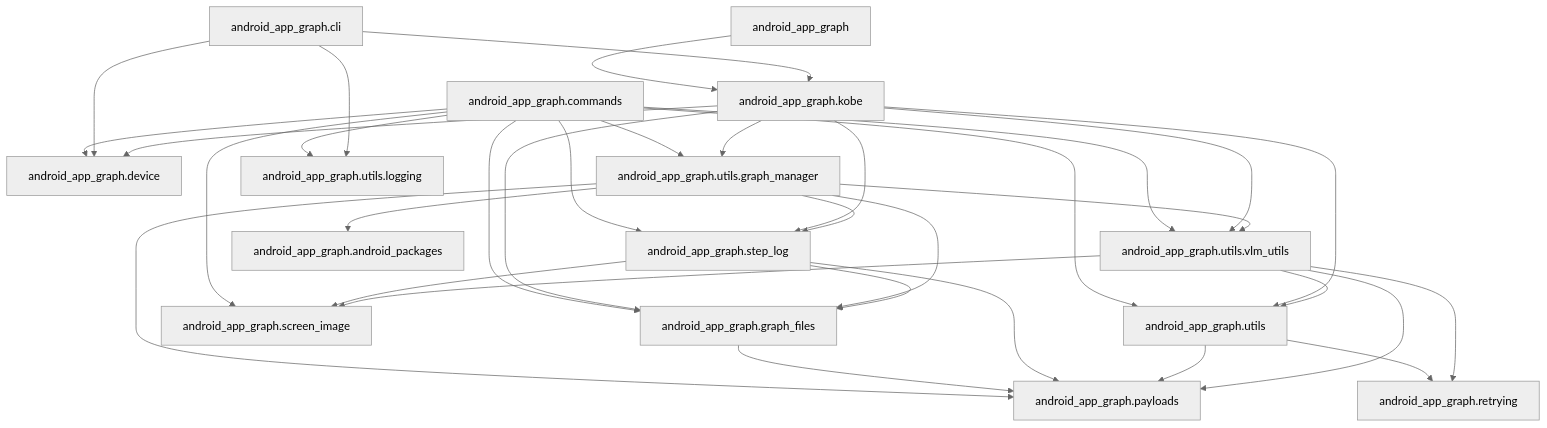
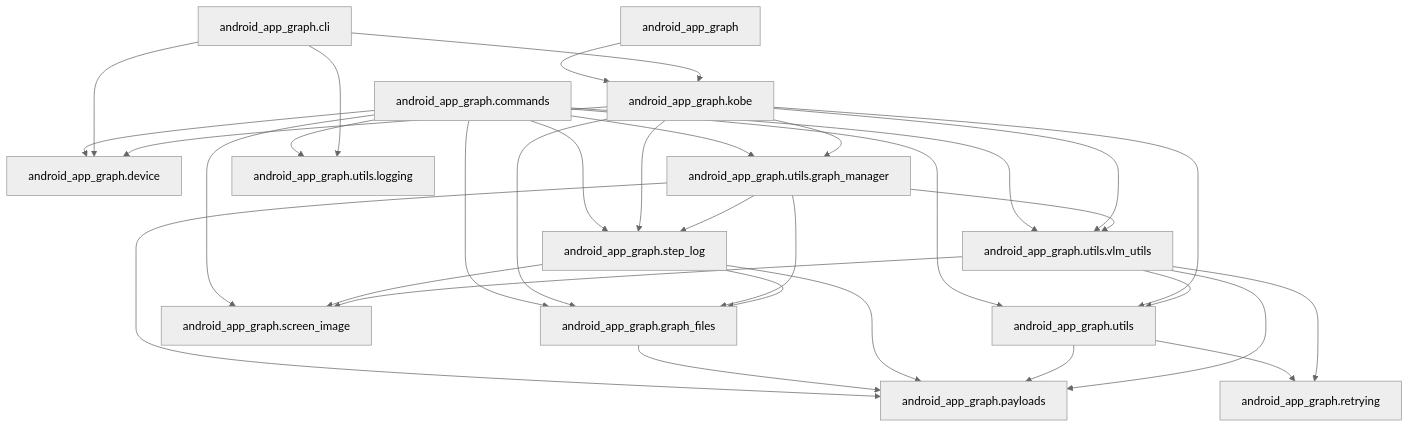
One commit to john-agi/Android-App-Graph changed the diagram in README.md. Above: the diagram before and after it, drawn with Mermaid (neutral theme). The commit also changed other lines of this file and 15 other files, not shown here.

First line of the commit message:
Load only graphs the current code writes, and drop the fallbacks for older files (#240)

````diff
--- a/README.md
+++ b/README.md
@@ -52,36 +52,35 @@
 ```mermaid
 graph TD;
     pkg["android_app_graph"] --> kobe["android_app_graph.kobe"];
     cmd["android_app_graph.commands"] --> dev["android_app_graph.device"];
     cmd --> gf["android_app_graph.graph_files"];
     cmd --> img["android_app_graph.screen_image"];
     cmd --> steps["android_app_graph.step_log"];
     cmd --> utils["android_app_graph.utils"];
     cmd --> gm["android_app_graph.utils.graph_manager"];
     cmd --> logging["android_app_graph.utils.logging"];
     cmd --> vlm["android_app_graph.utils.vlm_utils"];
     cli["android_app_graph.cli"] --> dev;
     cli --> kobe;
     cli --> logging;
     kobe --> dev;
     kobe --> gf;
     kobe --> steps;
     kobe --> utils;
     kobe --> gm;
     kobe --> vlm;
-    gm --> pkgs["android_app_graph.android_packages"];
     gm --> gf;
     gm --> pay["android_app_graph.payloads"];
     gm --> steps;
     gm --> vlm;
     gf --> pay;
     steps --> gf;
     steps --> pay;
     steps --> img;
     utils --> pay;
     utils --> retry["android_app_graph.retrying"];
     vlm --> pay;
     vlm --> retry;
     vlm --> img;
     vlm --> utils;
 ```
````
